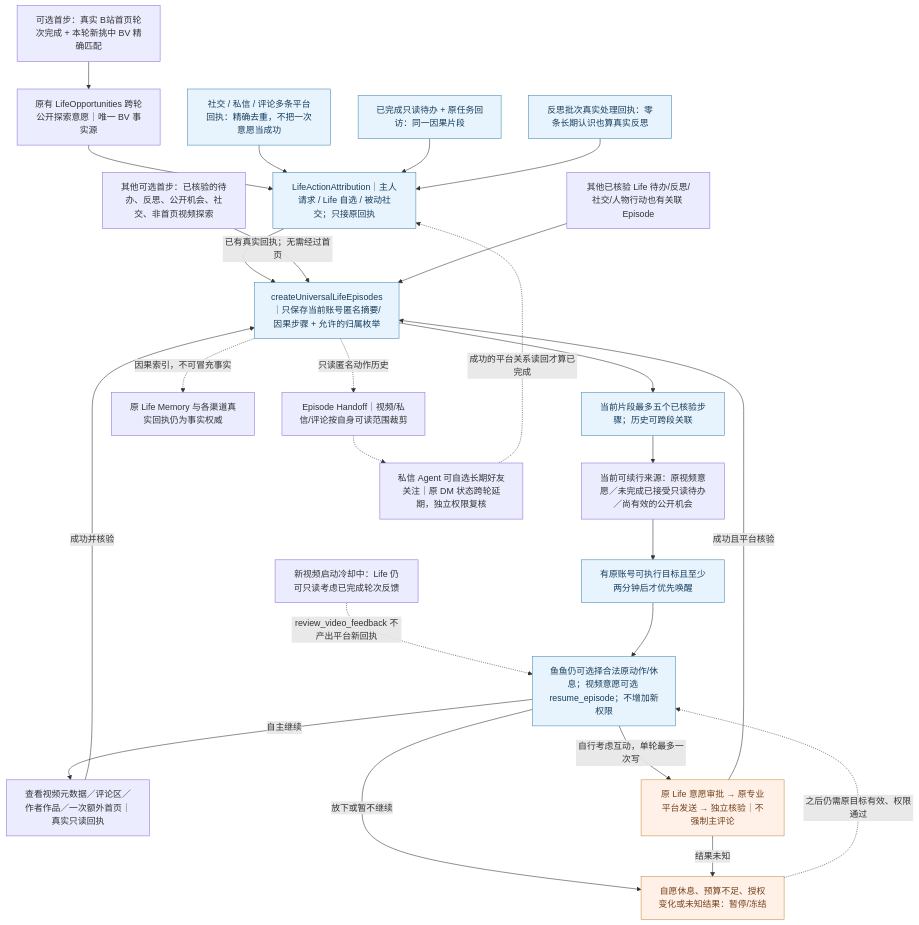
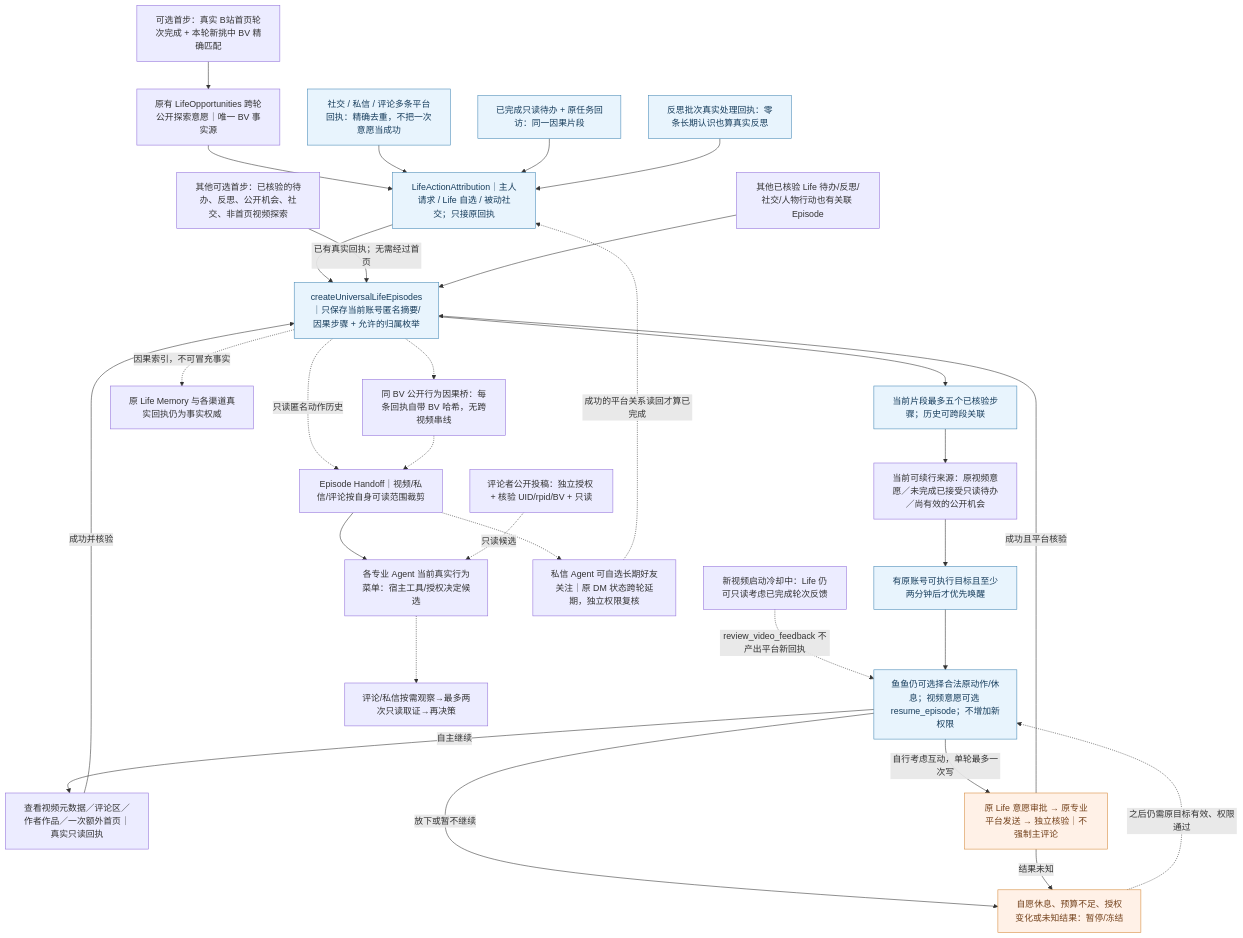
Before and after one commit to minedalang/dsh-dafeiyu-life: the diagram in docs/architecture/diagrams/life-universal-episodes-current.mmd, drawn with Mermaid. The commit also changed 23 other files, not shown here.

Commit message:
feat(life): dev40 增强专业 Agent 的动态行为选择与连续决策能力 - 根据当前工具、权限和场景动态生成候选行为。 - 私信和评论支持最多两轮按需只读取证及重新决策。 - 按同一 BV 关联视频与评论 Agent 的已核验公开行动。 - 新增评论者公开投稿只读能力，默认关闭。 - 保留原有授权、账号隔离和平台回执校验。"

```diff
--- a/docs/architecture/diagrams/life-universal-episodes-current.mmd
+++ b/docs/architecture/diagrams/life-universal-episodes-current.mmd
@@ -1,68 +1,82 @@
 %% dev.37 统一归属 + dev.36 Universal Episode：有意义的自主动作共享因果归属，不改变原平台授权
 flowchart TB
   child["可选首步：真实 B站首页轮次完成 + 本轮新挑中 BV 精确匹配"]
   firstOther["其他可选首步：已核验的待办、反思、公开机会、社交、非首页视频探索"]
   eligible["当前可续行来源：原视频意愿／未完成已接受只读待办／尚有效的公开机会"]
   canonical["原有 LifeOpportunities 跨轮公开探索意愿｜唯一 BV 事实源"]
   attribution["LifeActionAttribution｜主人请求 / Life 自选 / 被动社交；只接原回执"]
   socialReceipt["社交 / 私信 / 评论多条平台回执：精确去重，不把一次意愿当成功"]
   todoReceipt["已完成只读待办 + 原任务回访：同一因果片段"]
   reflectionReceipt["反思批次真实处理回执：零条长期认识也算真实反思"]
   videoFeedback["新视频启动冷却中：Life 仍可只读考虑已完成轮次反馈"]
   record["createUniversalLifeEpisodes｜只保存当前账号匿名摘要/因果步骤 + 允许的归属枚举"]
   context["当前片段最多五个已核验步骤；历史可跨段关联"]
   due["有原账号可执行目标且至少两分钟后才优先唤醒"]
   menu["鱼鱼仍可选择合法原动作/休息；视频意愿可选 resume_episode；不增加新权限"]
   read["查看视频元数据／评论区／作者作品／一次额外首页｜真实只读回执"]
   write["原 Life 意愿审批 → 原专业平台发送 → 独立核验｜不强制主评论"]
   pause["自愿休息、预算不足、授权变化或未知结果：暂停/冻结"]
   other["其他已核验 Life 待办/反思/社交/人物行动也有关联 Episode"]
   memory["原 Life Memory 与各渠道真实回执仍为事实权威"]
   child --> canonical --> attribution --> record
   socialReceipt --> attribution
   todoReceipt --> attribution
   reflectionReceipt --> attribution
   firstOther -->|已有真实回执；无需经过首页| record
   videoFeedback -.->|review_video_feedback 不产出平台新回执| menu
   record --> context --> eligible --> due --> menu
   menu -->|自主继续| read -->|成功并核验| record
   menu -->|自行考虑互动，单轮最多一次写| write -->|成功且平台核验| record
   menu -->|放下或暂不继续| pause
   write -->|结果未知| pause
   other --> record
   record -.->|因果索引，不可冒充事实| memory
   pause -.->|之后仍需原目标有效、权限通过| menu
   classDef safe fill:#e8f4fd,stroke:#4689b6,color:#173d5c
   classDef caveat fill:#fff1e7,stroke:#d68a3c,color:#74421c
   class record,context,menu,due,attribution,socialReceipt,todoReceipt,reflectionReceipt safe
   class pause,write caveat
 
 %% @code child | index.js | const episode=lifeOpportunities.beginHomeExploration
 %% @code canonical | lib/life-opportunities.mjs | const continuations=
 %% @code firstOther | lib/autonomous-planner.mjs | const good=new Map([
 %% @code eligible | lib/life-episode-entrypoints.mjs | export function eligibleLifeEpisodeSources
 %% @code record | lib/life-universal-episodes.mjs | export function createUniversalLifeEpisodes
 %% @code context | lib/life-universal-episodes.mjs | const view=e=>
 %% @code due | lib/life-universal-episodes.mjs | const due=(
 %% @code menu | lib/autonomous-planner.mjs | action:'resume_episode'
 %% @code read | lib/autonomous-planner.mjs | const continueLifeRead=async
 %% @code write | lib/life-video-action-bridge.mjs | createLifeVideoActionBridge
 %% @code pause | lib/life-universal-episodes.mjs | const pauseLatest=(
 %% @code other | index.js | onEpisodeAction:proof=>universalLifeEpisodes.record(proof)
 %% @code memory | lib/life-memory-coordinator.mjs | createLifeMemoryCoordinator
 
 %% @code attribution | lib/life-action-attribution.mjs | export function createLifeActionAttribution
 %% @code socialReceipt | lib/life-willingness.mjs | const exact=typeof receiptId
 %% @code todoReceipt | index.js | sourceRef:'todo:'+original.id
 %% @code reflectionReceipt | lib/life-reflection.mjs | result.receiptId=receiptId
 
 %% @code videoFeedback | lib/autonomous-planner.mjs | action:'review_video_feedback'
 
 %% dev.38 专业 Agent 局部决策复用同账号匿名因果摘要；Episode 没有发送权。
 subagentHandoff["Episode Handoff｜视频/私信/评论按自身可读范围裁剪"]
 subagentFollow["私信 Agent 可自选长期好友关注｜原 DM 状态跨轮延期，独立权限复核"]
 record -.->|只读匿名动作历史| subagentHandoff
 subagentHandoff -.-> subagentFollow
 subagentFollow -.->|成功的平台关系读回才算已完成| attribution
 %% @code subagentHandoff | lib/life-subagent-continuity.mjs | export function lifeSubagentHandoff
 %% @code subagentFollow | lib/dm-autoreply.mjs | pending.status='reserved'
+
+%% dev.40: every verified BV public action is anchored on ITS OWN step, never the whole episode.
+publicStepBridge["同 BV 公开行为因果桥：每条回执自带 BV 哈希，无跨视频串线"]
+professionalMenu["各专业 Agent 当前真实行为菜单：宿主工具/授权决定候选"]
+commentObservation["评论/私信按需观察→最多两次只读取证→再决策"]
+commentPublicPerson["评论者公开投稿：独立授权 + 核验 UID/rpid/BV + 只读"]
+record -.-> publicStepBridge -.-> subagentHandoff
+subagentHandoff --> professionalMenu
+commentPublicPerson -.->|只读候选| professionalMenu
+professionalMenu -.-> commentObservation
+%% @code publicStepBridge | lib/life-universal-episodes.mjs | const publicVideoState=bvid=>
+%% @code professionalMenu | lib/life-subagent-continuity.mjs | export function subagentActionMenu
+%% @code commentObservation | lib/interaction-batch.mjs | for(let pass=0;pass<2;pass++){
+%% @code commentPublicPerson | lib/life-public-capabilities.mjs | export async function readVerifiedCommenterPublicVideos
```
